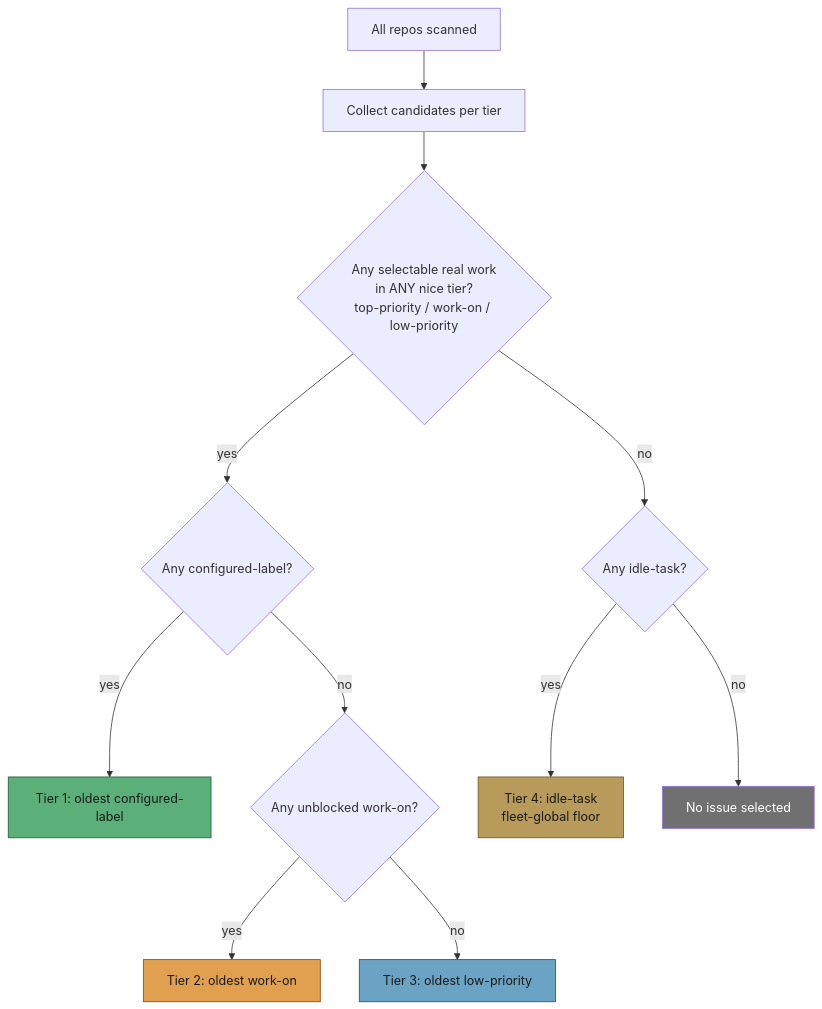
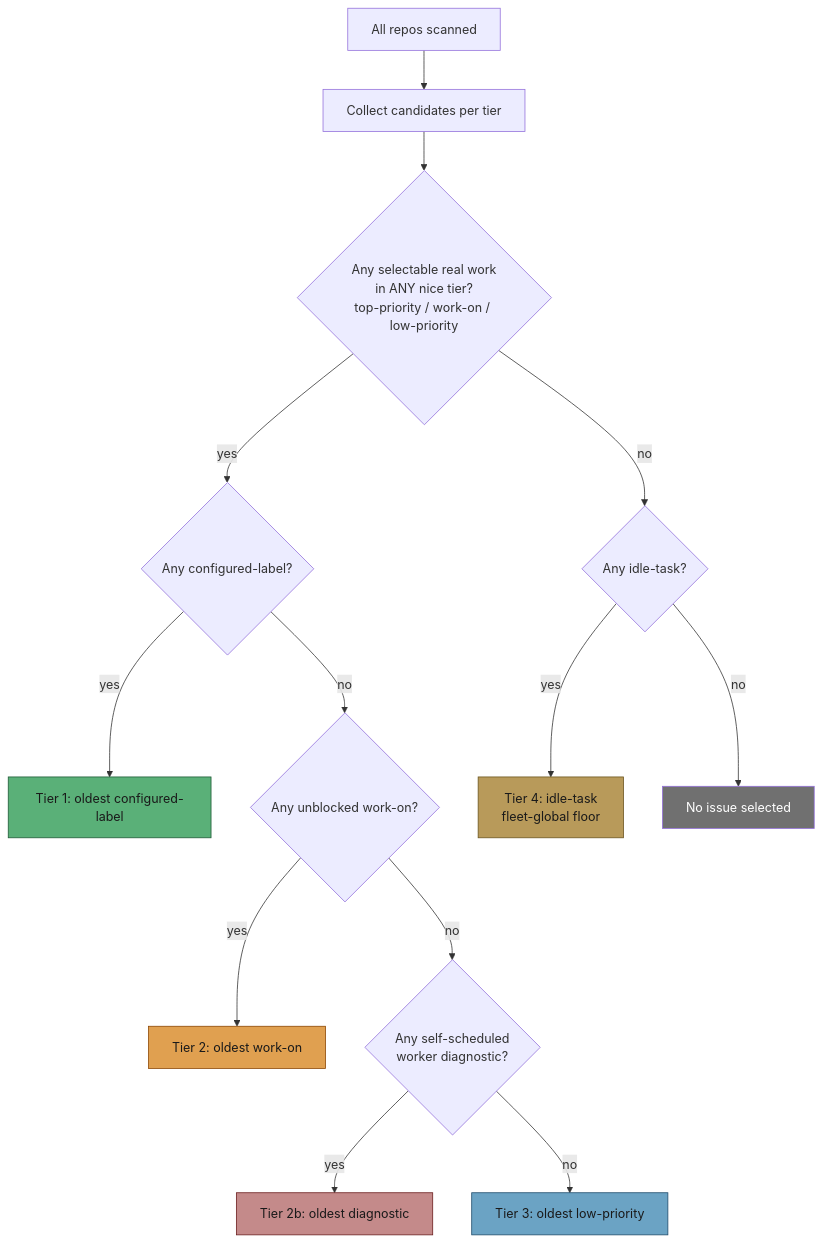
The second of 11 diagrams in docs/workflows/issue-processing.md (stSoftwareAU/VibeCoder), drawn with Mermaid before and after one commit. The commit also changed other lines of this file and 6 other files, not shown here.

First line of the commit message:
docs: tier 2b self-scheduled worker diagnostics (Issue #505)

````diff
--- a/docs/workflows/issue-processing.md
+++ b/docs/workflows/issue-processing.md
@@ -72,18 +73,21 @@
 ```mermaid
 flowchart TD
     A[All repos scanned] --> B[Collect candidates per tier]
     B --> J{Any selectable real work<br/>in ANY nice tier?<br/>top-priority / work-on / low-priority}
     J -- yes --> C{Any configured-label?}
     C -- yes --> D[Tier 1: oldest configured-label]
     C -- no --> E{Any unblocked work-on?}
     E -- yes --> F[Tier 2: oldest work-on]
-    E -- no --> H[Tier 3: oldest low-priority]
+    E -- no --> M{Any self-scheduled<br/>worker diagnostic?}
+    M -- yes --> N[Tier 2b: oldest diagnostic]
+    M -- no --> H[Tier 3: oldest low-priority]
     J -- no --> K{Any idle-task?}
     K -- yes --> L[Tier 4: idle-task<br/>fleet-global floor]
     K -- no --> I[No issue selected]
     style D fill:#5ab078,stroke:#1d5a35,color:#1a1a1a
     style F fill:#e0a050,stroke:#8b4500,color:#1a1a1a
+    style N fill:#c48a8a,stroke:#6a1d1d,color:#1a1a1a
     style H fill:#6ba3c4,stroke:#1d4a6a,color:#1a1a1a
     style L fill:#b89a5a,stroke:#6a541d,color:#1a1a1a
     style I fill:#707070,stroke:,color:#fff
 ```
````
